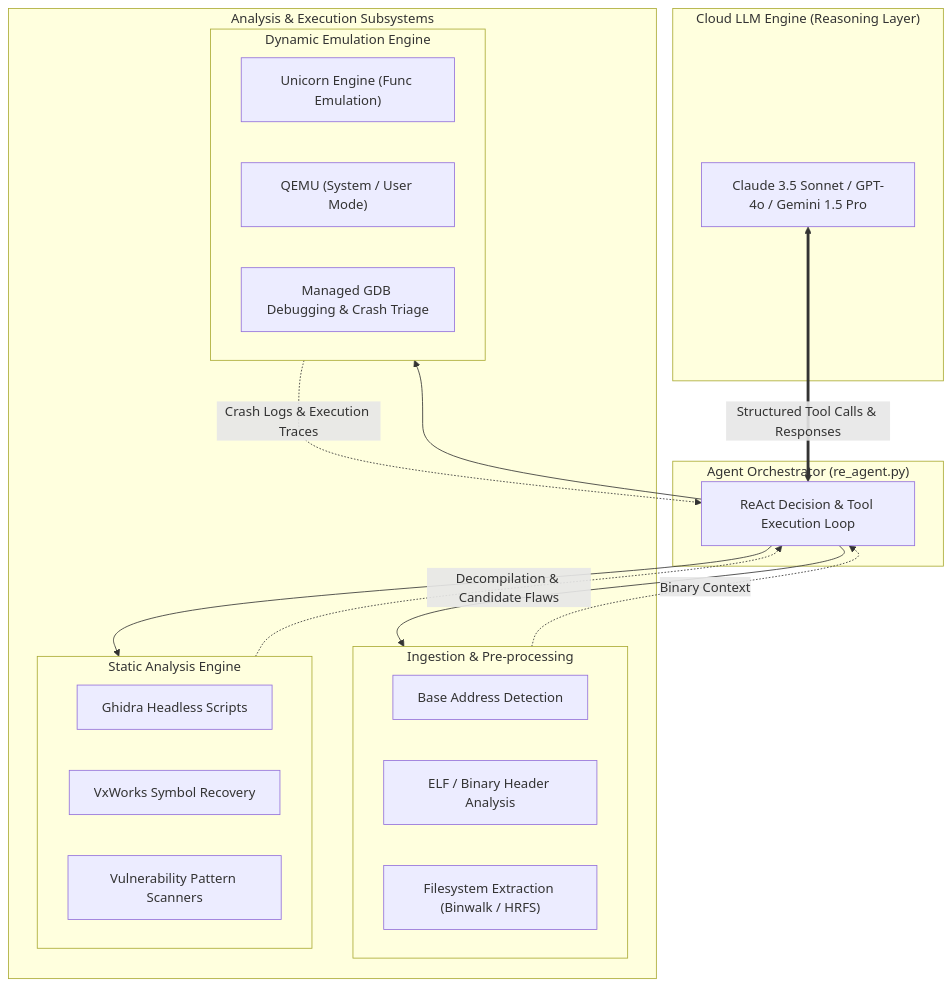
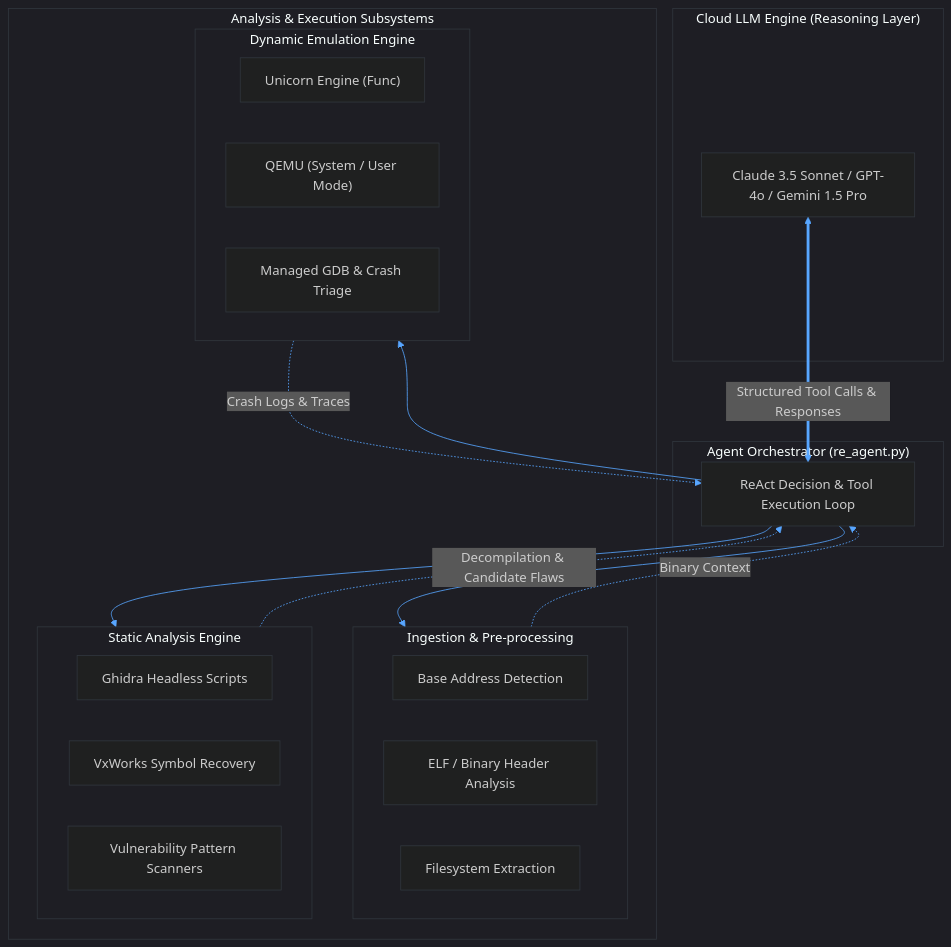
The diagram in README.md (TAPADYUTIBARAL/Vortex-RE), drawn with Mermaid before and after one commit. The commit also changed other lines of this file, not shown here.

````diff
--- a/README.md
+++ b/README.md
@@ -17,40 +17,41 @@
 ```mermaid
+%%{init: {'theme': 'dark', 'themeVariables': { 'transparent': true, 'lineColor': '#58a6ff', 'nodeBorder': '#30363d', 'clusterBkg': 'transparent', 'clusterBorder': '#30363d'}}}%%
 flowchart TD
     subgraph Cloud LLM Engine ["Cloud LLM Engine (Reasoning Layer)"]
         LLM["Claude 3.5 Sonnet / GPT-4o / Gemini 1.5 Pro"]
     end
 
     subgraph Agent ["Agent Orchestrator (re_agent.py)"]
         ReAct["ReAct Decision & Tool Execution Loop"]
     end
 
     subgraph Engines ["Analysis & Execution Subsystems"]
         subgraph Ingestion ["Ingestion & Pre-processing"]
             BaseAddr["Base Address Detection"]
             Headers["ELF / Binary Header Analysis"]
-            Extract["Filesystem Extraction (Binwalk / HRFS)"]
+            Extract["Filesystem Extraction"]
         end
 
         subgraph Static ["Static Analysis Engine"]
             Ghidra["Ghidra Headless Scripts"]
             Symbols["VxWorks Symbol Recovery"]
             Vulns["Vulnerability Pattern Scanners"]
         end
 
         subgraph Dynamic ["Dynamic Emulation Engine"]
-            Unicorn["Unicorn Engine (Func Emulation)"]
+            Unicorn["Unicorn Engine (Func)"]
             QEMU["QEMU (System / User Mode)"]
-            GDB["Managed GDB Debugging & Crash Triage"]
+            GDB["Managed GDB & Crash Triage"]
         end
     end
 
     LLM <== "Structured Tool Calls & Responses" ==> ReAct
     
     ReAct --> Ingestion
     ReAct --> Static
     ReAct --> Dynamic
 
     Ingestion -. "Binary Context" .-> ReAct
     Static -. "Decompilation & Candidate Flaws" .-> ReAct
-    Dynamic -. "Crash Logs & Execution Traces" .-> ReAct
+    Dynamic -. "Crash Logs & Traces" .-> ReAct
 ```
````
